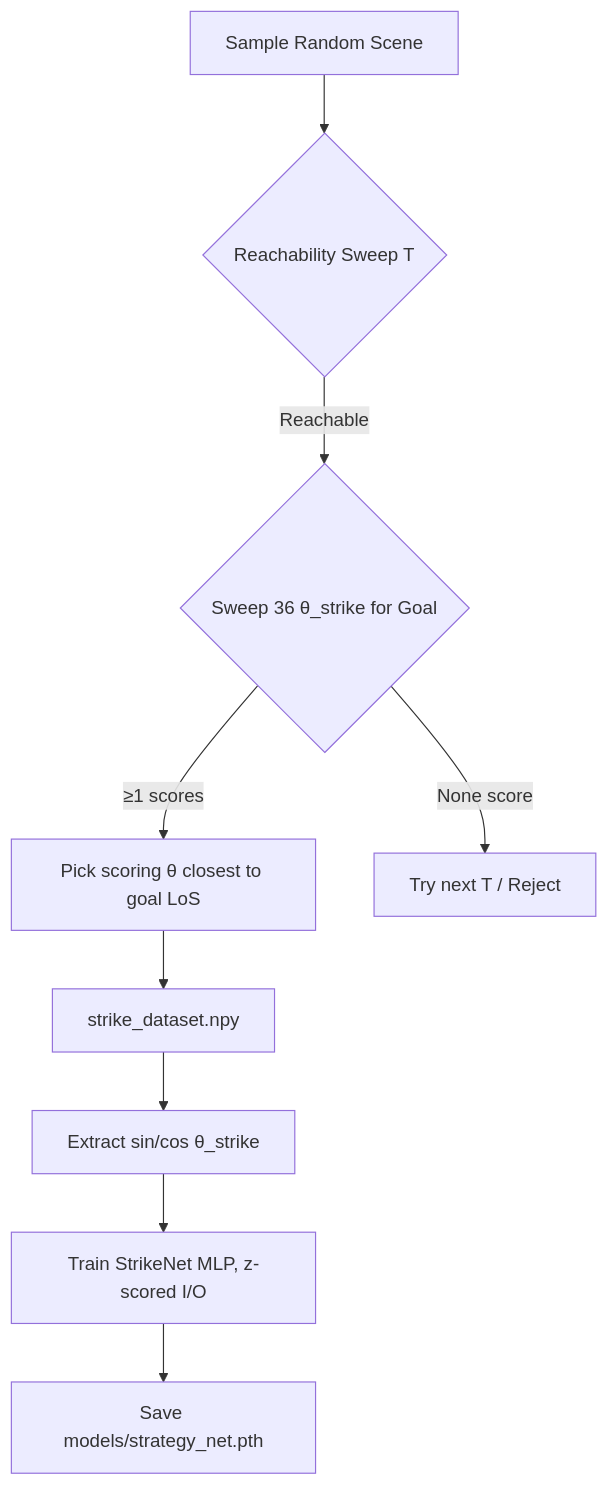
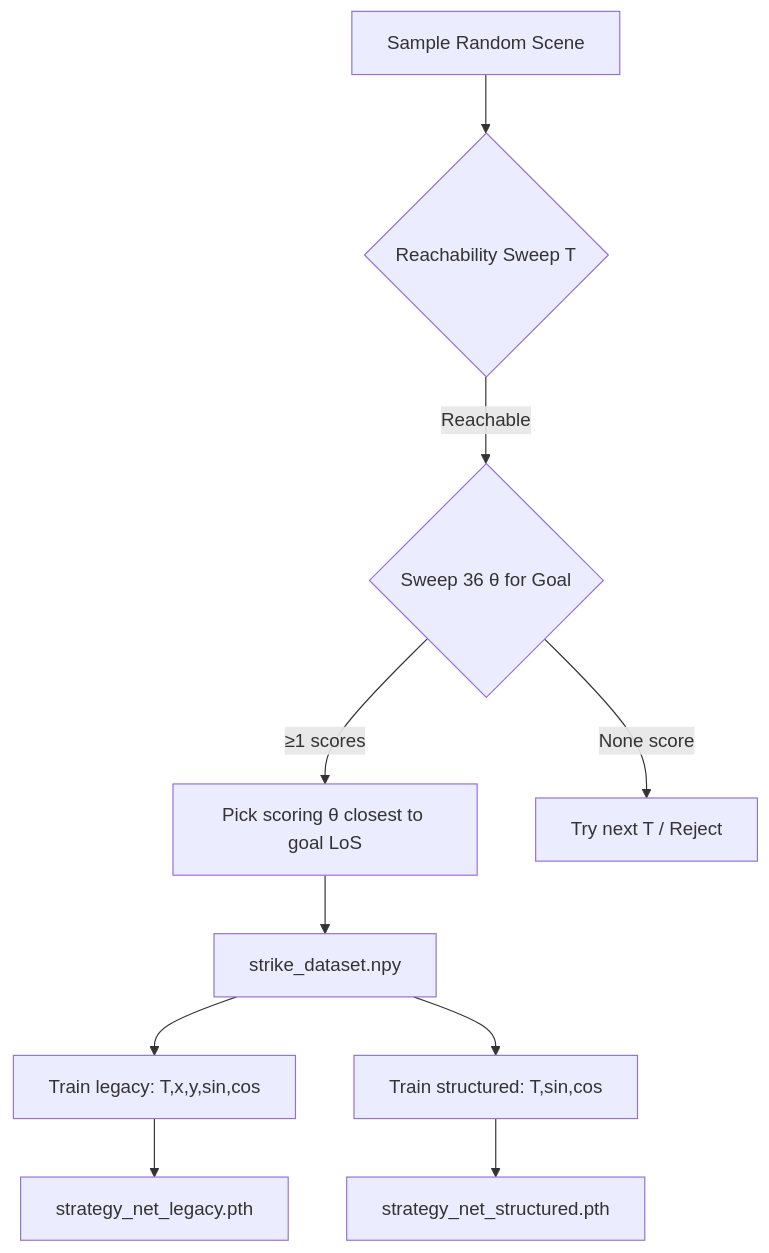
One commit to Nikunj-Agarwal/project_rocket_soccer changed the first of 2 diagrams in docs/PIPELINE_LOGIC.md. Above: the diagram before and after it, drawn with Mermaid. The commit also changed other lines of this file and 34 other files, not shown here.

````diff
--- a/docs/PIPELINE_LOGIC.md
+++ b/docs/PIPELINE_LOGIC.md
@@ -5,11 +9,12 @@
 ```mermaid
 flowchart TD
   A[Sample Random Scene] --> B{Reachability Sweep T}
-  B -- Reachable --> C{Sweep 36 θ_strike for Goal}
+  B -- Reachable --> C{Sweep 36 θ for Goal}
   C -- "≥1 scores" --> D["Pick scoring θ closest to goal LoS"]
   C -- None score --> E[Try next T / Reject]
   D --> F[strike_dataset.npy]
-  F --> G[Extract sin/cos θ_strike]
-  G --> H[Train StrikeNet MLP, z-scored I/O]
-  H --> I[Save models/strategy_net.pth]
+  F --> G1[Train legacy: T,x,y,sin,cos]
+  F --> G2[Train structured: T,sin,cos]
+  G1 --> H1[strategy_net_legacy.pth]
+  G2 --> H2[strategy_net_structured.pth]
 ```
````
